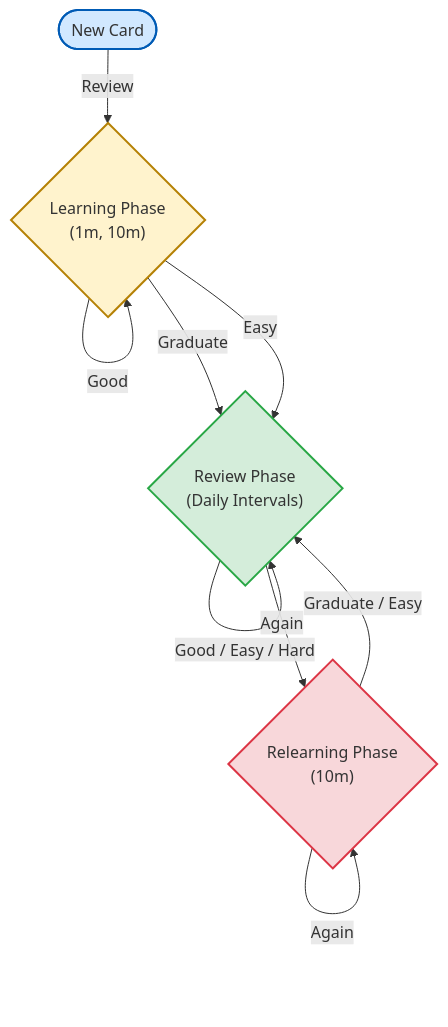
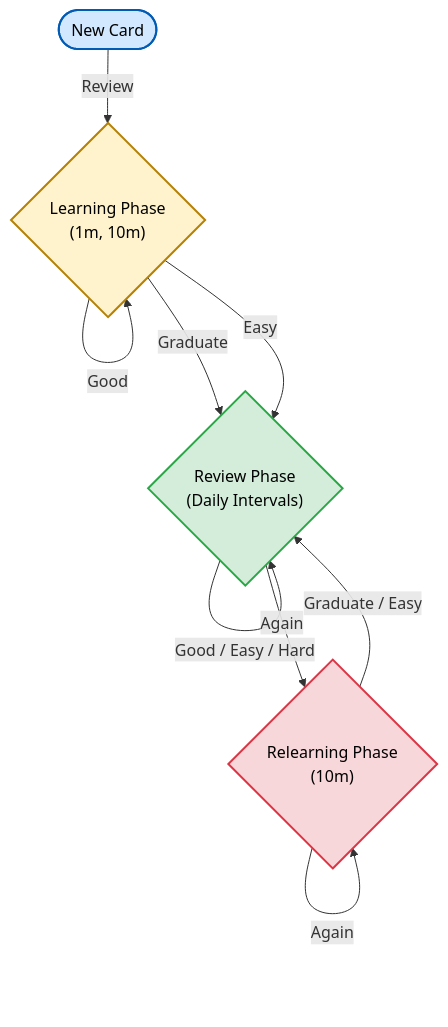
One commit to jamal474/Kalima changed the diagram in README.md. Above: the diagram before and after it, drawn with Mermaid. The commit also changed other lines of this file, not shown here.

Commit message:
chore: readme update

````diff
--- a/README.md
+++ b/README.md
@@ -46,25 +46,25 @@
 ```mermaid
 graph TD
     %% Styling
-    classDef default fill:#f9f9f9,stroke:#333,stroke-width:2px;
-    classDef new fill:#d1e8ff,stroke:#005bb5,stroke-width:2px;
-    classDef learning fill:#fff3cd,stroke:#b58105,stroke-width:2px;
-    classDef review fill:#d4edda,stroke:#28a745,stroke-width:2px;
-    classDef relearning fill:#f8d7da,stroke:#dc3545,stroke-width:2px;
+    classDef default fill:#f9f9f9,stroke:#333,stroke-width:2px,color:#000;
+    classDef new fill:#d1e8ff,stroke:#005bb5,stroke-width:2px,color:#000;
+    classDef learning fill:#fff3cd,stroke:#b58105,stroke-width:2px,color:#000;
+    classDef review fill:#d4edda,stroke:#28a745,stroke-width:2px,color:#000;
+    classDef relearning fill:#f8d7da,stroke:#dc3545,stroke-width:2px,color:#000;
 
     %% Nodes
     A(["New Card"]):::new -->|"Review"| B{"Learning Phase<br>(1m, 10m)"}:::learning
     
     B -->|"Again"| B
     B -->|"Good"| B
     
     B -->|"Graduate"| C{"Review Phase<br>(Daily Intervals)"}:::review
     B -->|"Easy"| C
     
     C -->|"Good / Easy / Hard"| C
     
     C -->|"Again"| D{"Relearning Phase<br>(10m)"}:::relearning
     
     D -->|"Graduate / Easy"| C
     D -->|"Again"| D
 ```
````
